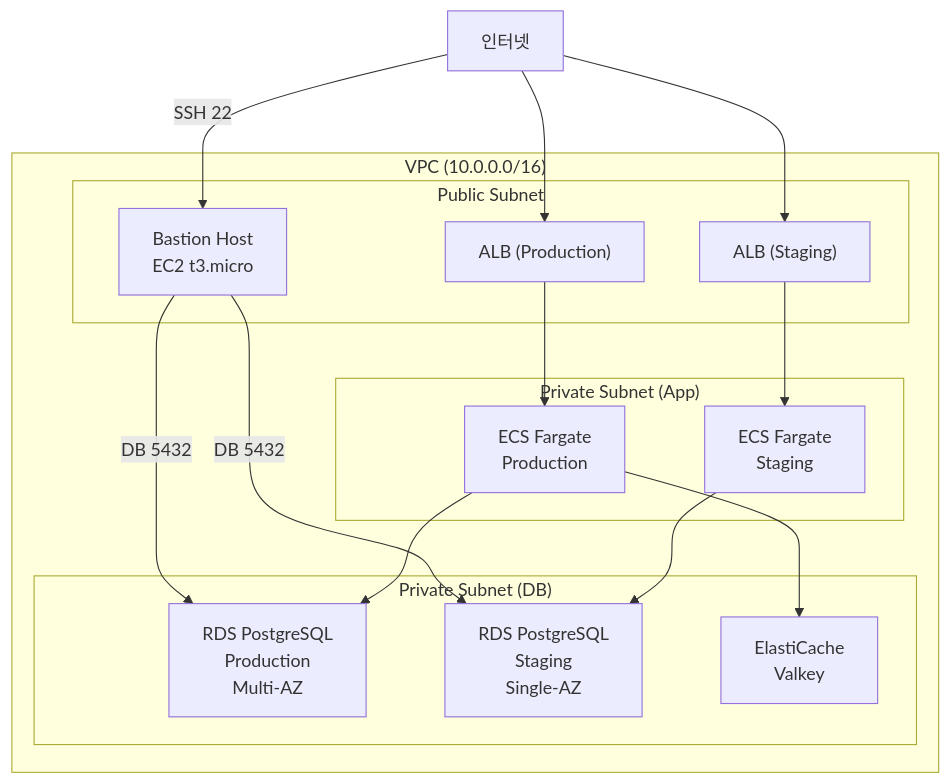
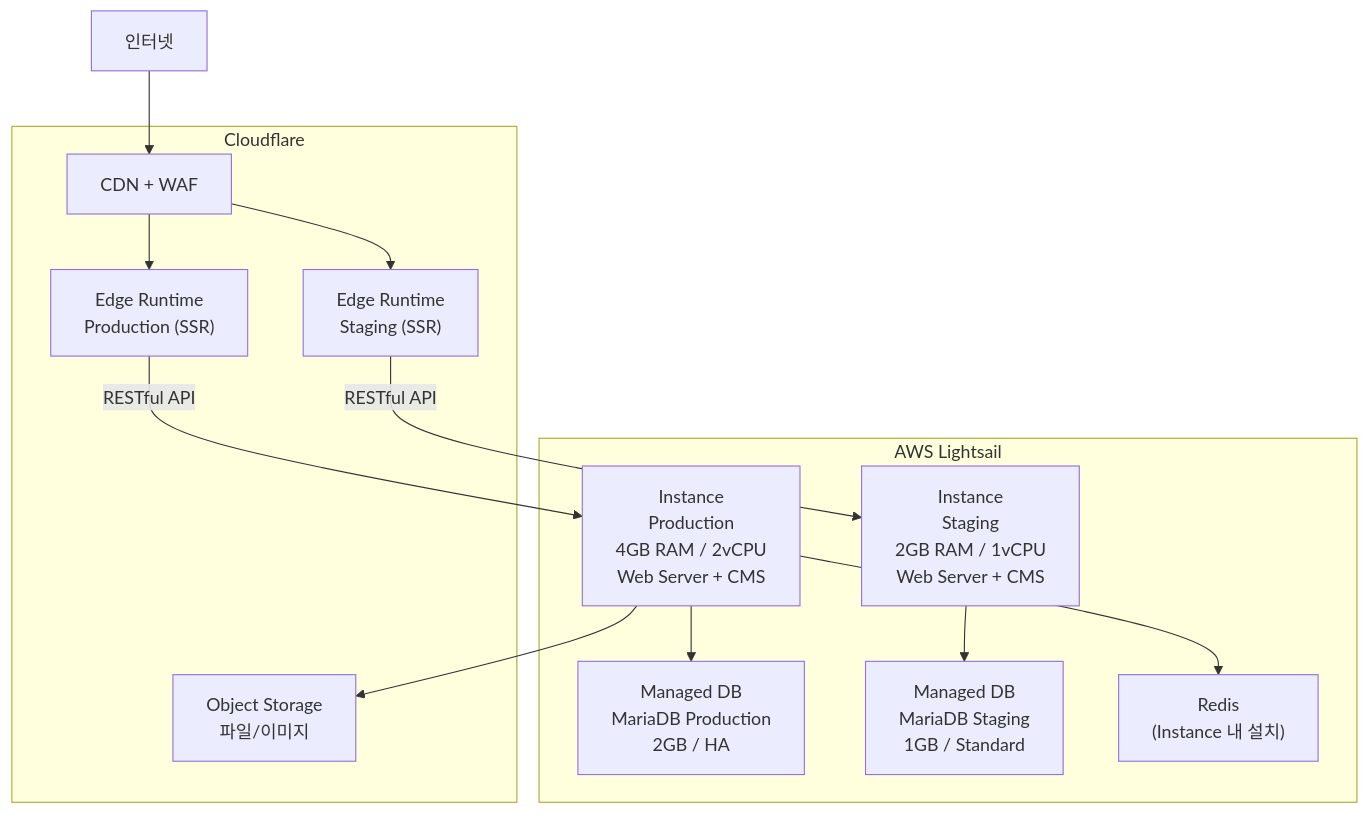
One commit to sknkwoxs/manual-book changed the fifth of 6 diagrams in src/content/docs/goodthinking-isp/04-design/web-architecture.md. Above: the diagram before and after it, drawn with Mermaid. The commit also changed other lines of this file and 6 other files, not shown here.

````diff
--- a/src/content/docs/goodthinking-isp/04-design/web-architecture.md
+++ b/src/content/docs/goodthinking-isp/04-design/web-architecture.md
@@ -240,34 +333,29 @@
 ```mermaid
 graph TD
     Internet["인터넷"]
     
-    subgraph VPC["VPC (10.0.0.0/16)"]
-        subgraph Public["Public Subnet"]
-            ALB_P["ALB (Production)"]
-            ALB_S["ALB (Staging)"]
-            Bastion["Bastion Host<br/>EC2 t3.micro"]
-        end
-        
-        subgraph Private_App["Private Subnet (App)"]
-            ECS_P["ECS Fargate<br/>Production"]
-            ECS_S["ECS Fargate<br/>Staging"]
-        end
-        
-        subgraph Private_DB["Private Subnet (DB)"]
-            RDS_P["RDS PostgreSQL<br/>Production<br/>Multi-AZ"]
-            RDS_S["RDS PostgreSQL<br/>Staging<br/>Single-AZ"]
-            Redis["ElastiCache<br/>Valkey"]
-        end
+    subgraph CF["Cloudflare"]
+        CDN["CDN + WAF"]
+        Workers_P["Edge Runtime<br/>Production (SSR)"]
+        Workers_S["Edge Runtime<br/>Staging (SSR)"]
+        R2["Object Storage<br/>파일/이미지"]
     end
     
-    Internet --> ALB_P
-    Internet --> ALB_S
-    Internet -->|SSH 22| Bastion
-    Bastion -->|DB 5432| RDS_P
-    Bastion -->|DB 5432| RDS_S
-    ALB_P --> ECS_P
-    ALB_S --> ECS_S
-    ECS_P --> RDS_P
-    ECS_P --> Redis
-    ECS_S --> RDS_S
+    subgraph AWS["AWS Lightsail"]
+        Lightsail_P["Instance<br/>Production<br/>4GB RAM / 2vCPU<br/>Web Server + CMS"]
+        Lightsail_S["Instance<br/>Staging<br/>2GB RAM / 1vCPU<br/>Web Server + CMS"]
+        DB_P["Managed DB<br/>MariaDB Production<br/>2GB / HA"]
+        DB_S["Managed DB<br/>MariaDB Staging<br/>1GB / Standard"]
+        Redis_Inst["Redis<br/>(Instance 내 설치)"]
+    end
+    
+    Internet --> CDN
+    CDN --> Workers_P
+    CDN --> Workers_S
+    Workers_P -->|RESTful API| Lightsail_P
+    Workers_S -->|RESTful API| Lightsail_S
+    Lightsail_P --> DB_P
+    Lightsail_P --> Redis_Inst
+    Lightsail_S --> DB_S
+    Lightsail_P --> R2
 ```
````
